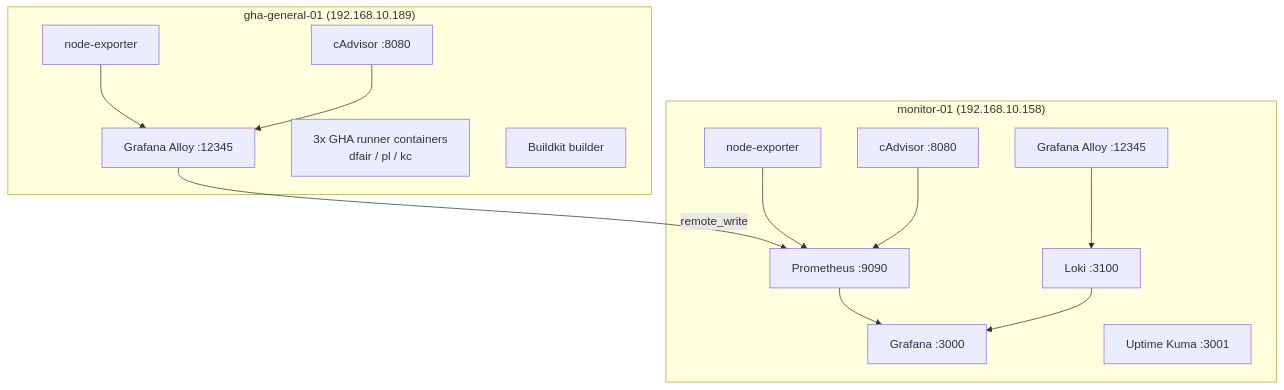
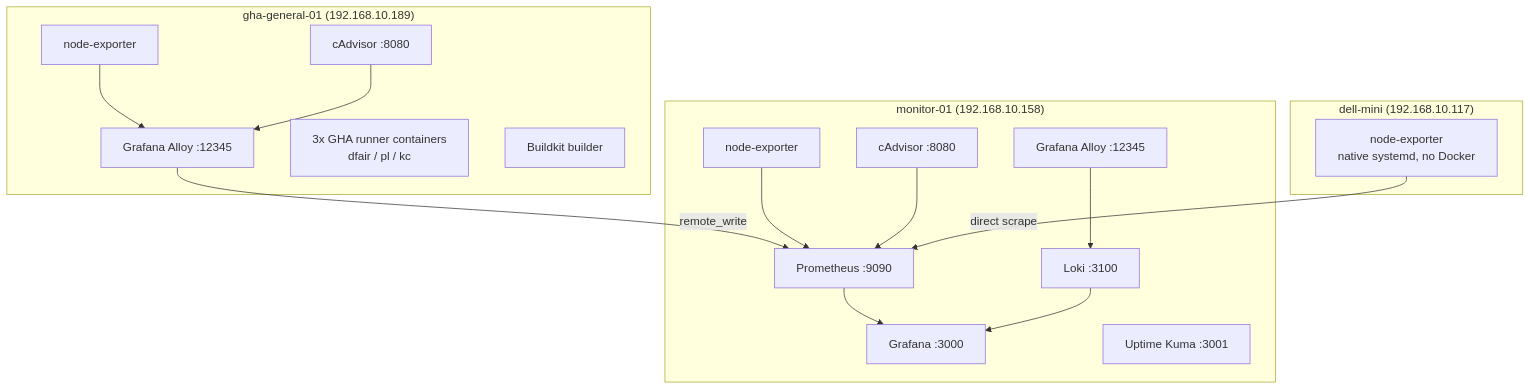
Before and after one commit to sethbarrett50/home_lab_docs: the diagram in docs/services/monitoring.md, drawn with Mermaid. The commit also changed other lines of this file and 1 other file, not shown here.

First line of the commit message:
docs: reflect dell-mini node-exporter in monitoring.md (#43)

````diff
--- a/docs/services/monitoring.md
+++ b/docs/services/monitoring.md
@@ -14,29 +18,34 @@
 ```mermaid
 graph TD
     subgraph "gha-general-01 (192.168.10.189)"
         NE1[node-exporter]
         CB1[cAdvisor :8080]
         AL1[Grafana Alloy :12345]
         R1[3x GHA runner containers\ndfair / pl / kc]
         BK[Buildkit builder]
     end
 
     subgraph "monitor-01 (192.168.10.158)"
         NE2[node-exporter]
         CB2[cAdvisor :8080]
         AL2[Grafana Alloy :12345]
         PROM[Prometheus :9090]
         LOKI[Loki :3100]
         GF[Grafana :3000]
         KUMA[Uptime Kuma :3001]
     end
 
+    subgraph "dell-mini (192.168.10.117)"
+        NE3[node-exporter\nnative systemd, no Docker]
+    end
+
     NE1 --> AL1
     CB1 --> AL1
     AL1 -->|remote_write| PROM
     NE2 --> PROM
     CB2 --> PROM
+    NE3 -->|direct scrape| PROM
     AL2 --> LOKI
     PROM --> GF
     LOKI --> GF
 ```
````
